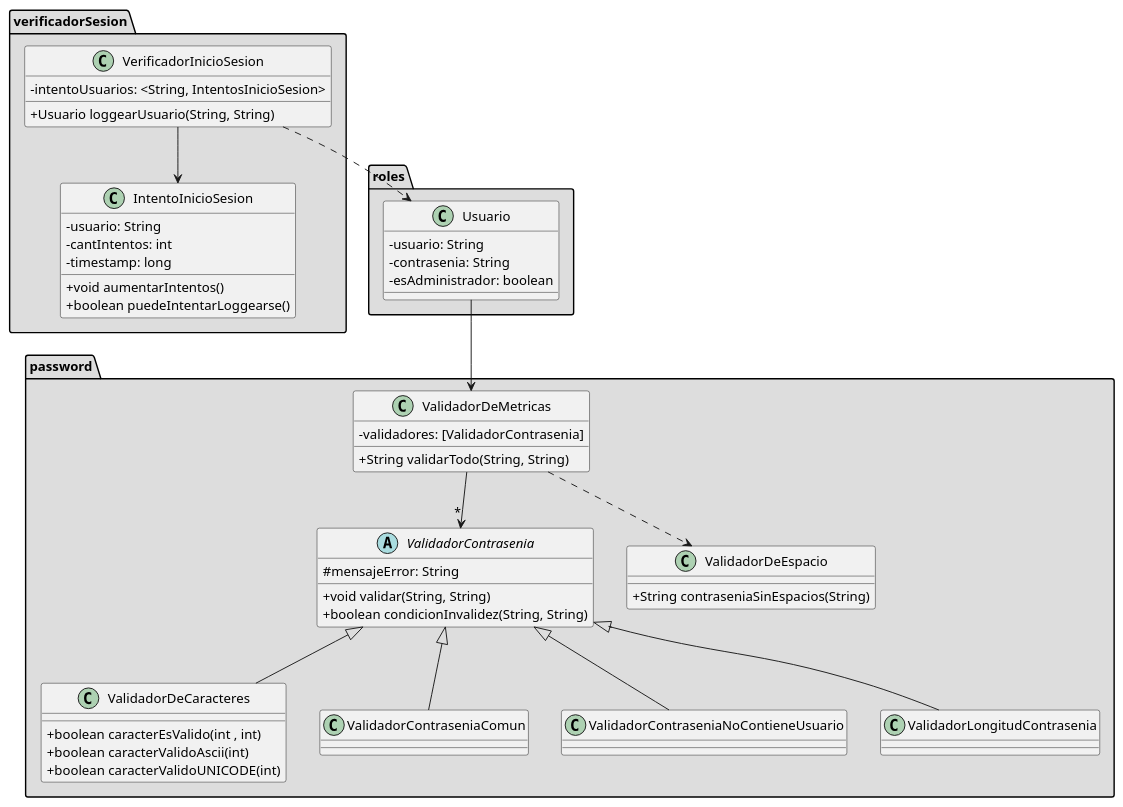
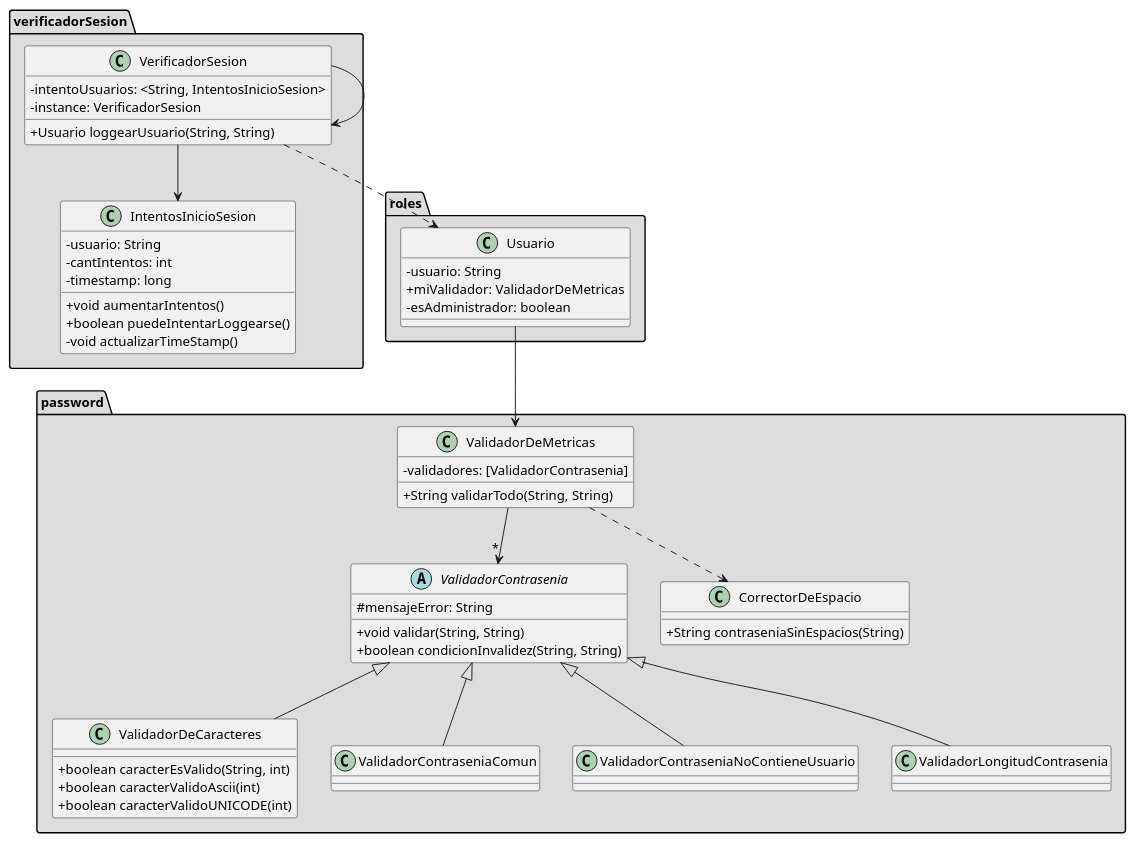
One commit to IgnacioG2000/TP-DDS changed the diagram in src/modeloDeSeguridad.puml. Above: the diagram before and after it, drawn with PlantUML. The commit also changed 25 other files, not shown here.

```diff
--- a/src/modeloDeSeguridad.puml
+++ b/src/modeloDeSeguridad.puml
@@ -1,80 +1,83 @@
 @startuml
 skinparam classAttributeIconSize 0
 
-
 package "verificadorSesion" #DDDDDD {
-    class VerificadorInicioSesion {
+    class VerificadorSesion {
     -intentoUsuarios: <String, IntentosInicioSesion>
+    -instance: VerificadorSesion
 
     +Usuario loggearUsuario(String, String)
     }
 
-    class IntentoInicioSesion {
+    class IntentosInicioSesion {
     -usuario: String
     -cantIntentos: int
     -timestamp: long
 
     +void aumentarIntentos()
     +boolean puedeIntentarLoggearse()
+    -void actualizarTimeStamp()
     }
 }
 
 
 package "roles" #DDDDDD {
     class Usuario {
     -usuario: String
-    -contrasenia: String
+    +miValidador: ValidadorDeMetricas
     -esAdministrador: boolean
     }
 }
 
 package "password" #DDDDDD {
+
     class ValidadorDeMetricas {
     -validadores: [ValidadorContrasenia]
 
     +String validarTodo(String, String)
     }
 
     abstract class ValidadorContrasenia {
     #mensajeError: String
 
-    + void validar(String, String)
-    + boolean condicionInvalidez(String, String)
+    +void validar(String, String)
+    +boolean condicionInvalidez(String, String)
     }
 
     class ValidadorDeCaracteres extends ValidadorContrasenia {
 
-    +boolean caracterEsValido(int , int)
+    +boolean caracterEsValido(String, int)
     +boolean caracterValidoAscii(int)
     +boolean caracterValidoUNICODE(int)
     }
 
     class ValidadorContraseniaComun extends ValidadorContrasenia {
 
     }
 
     class ValidadorContraseniaNoContieneUsuario extends ValidadorContrasenia {
 
     }
 
     class ValidadorLongitudContrasenia extends ValidadorContrasenia {
 
     }
 
-    class ValidadorDeEspacio {
+    class CorrectorDeEspacio {
 
     +String contraseniaSinEspacios(String)
     }
 }
 
 
 
-VerificadorInicioSesion --> IntentoInicioSesion
-VerificadorInicioSesion ..> Usuario
+VerificadorSesion --> IntentosInicioSesion
+VerificadorSesion ..> Usuario
+VerificadorSesion --> VerificadorSesion
 
 Usuario --> ValidadorDeMetricas
 
 ValidadorDeMetricas --> "*" ValidadorContrasenia
-ValidadorDeMetricas ..> ValidadorDeEspacio
+ValidadorDeMetricas ..> CorrectorDeEspacio
 
 @enduml
```
